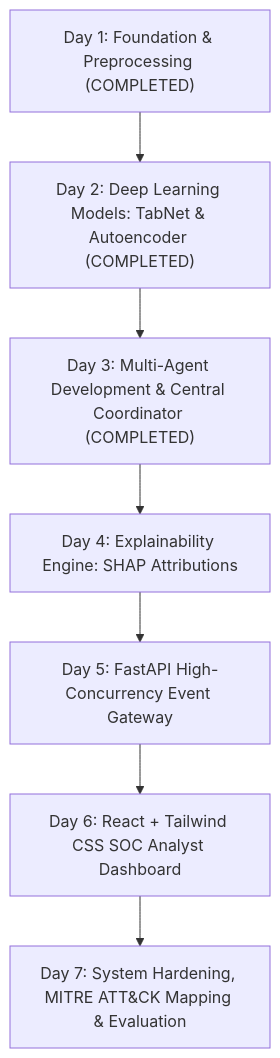
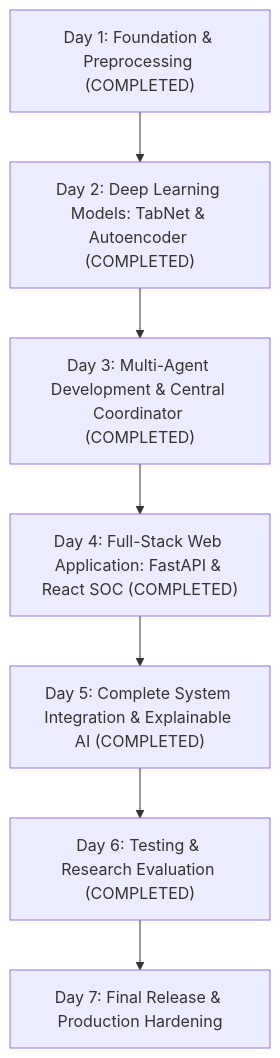
Before and after one commit to sominenivenumadhava/CyberSentinal: the diagram in docs/PROJECT_TRACKER.md, drawn with Mermaid. The commit also changed other lines of this file and 64 other files, not shown here.

````diff
--- a/docs/PROJECT_TRACKER.md
+++ b/docs/PROJECT_TRACKER.md
@@ -29,9 +29,9 @@
 ```mermaid
 flowchart TD
     D1["Day 1: Foundation & Preprocessing (COMPLETED)"] --> D2["Day 2: Deep Learning Models: TabNet & Autoencoder (COMPLETED)"]
     D2 --> D3["Day 3: Multi-Agent Development & Central Coordinator (COMPLETED)"]
-    D3 --> D4["Day 4: Explainability Engine: SHAP Attributions"]
-    D4 --> D5["Day 5: FastAPI High-Concurrency Event Gateway"]
-    D5 --> D6["Day 6: React + Tailwind CSS SOC Analyst Dashboard"]
-    D6 --> D7["Day 7: System Hardening, MITRE ATT&CK Mapping & Evaluation"]
+    D3 --> D4["Day 4: Full-Stack Web Application: FastAPI & React SOC (COMPLETED)"]
+    D4 --> D5["Day 5: Complete System Integration & Explainable AI (COMPLETED)"]
+    D5 --> D6["Day 6: Testing & Research Evaluation (COMPLETED)"]
+    D6 --> D7["Day 7: Final Release & Production Hardening"]
 ```
````
